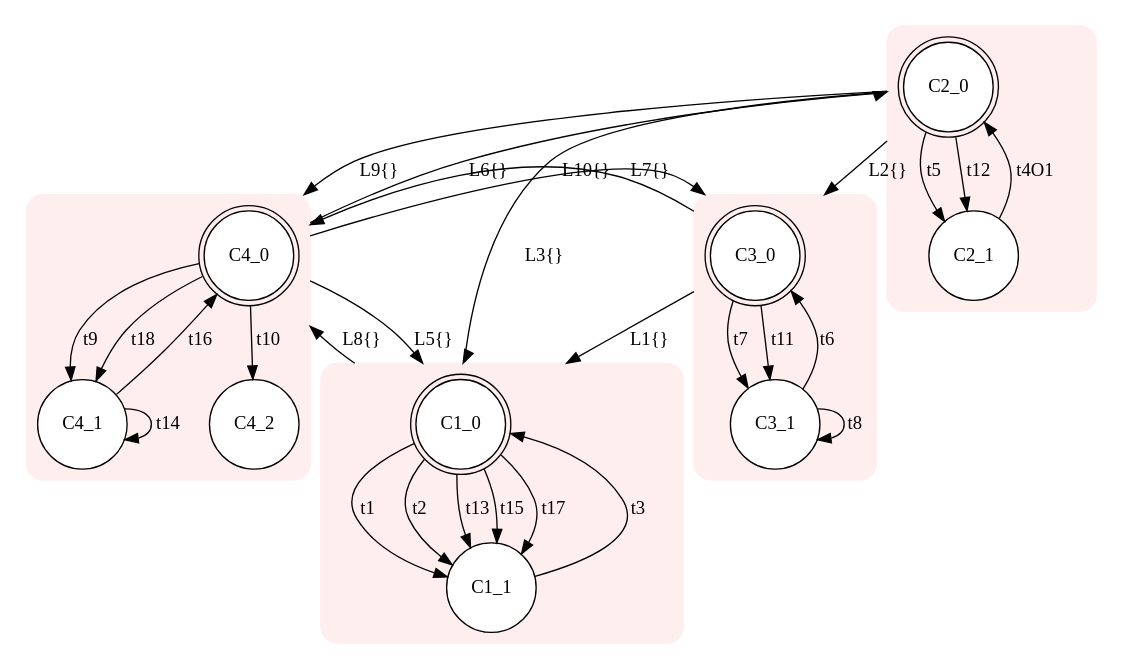
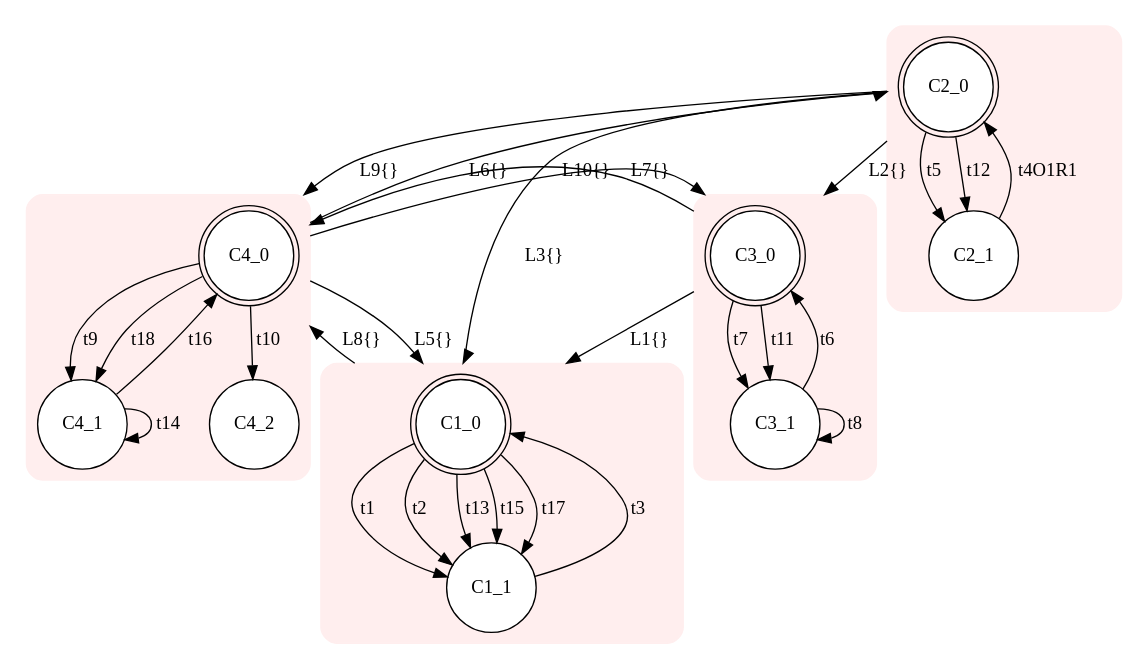
One commit to Stefano-BS/Explanatory-Diagnosis changed the diagram in input/icp.dot. Above: the diagram before and after it, drawn with Graphviz. The commit also changed 30 other files, not shown here.

```diff
--- a/input/icp.dot
+++ b/input/icp.dot
@@ -1,46 +1,46 @@
 digraph "input/icp" {
 node [style=filled fillcolor=white] compound=true
 subgraph cluster1 {
 style="rounded,filled" color="#FFEEEE"node [shape=doublecircle]; C1_0;
 node [shape=circle];
 C1_0 -> C1_1 [label="t1"];
 C1_0 -> C1_1 [label="t2"];
 C1_1 -> C1_0 [label="t3"];
 C1_0 -> C1_1 [label="t13"];
 C1_0 -> C1_1 [label="t15"];
 C1_0 -> C1_1 [label="t17"];
 }
 subgraph cluster2 {
 style="rounded,filled" color="#FFEEEE"node [shape=doublecircle]; C2_0;
 node [shape=circle];
-C2_1 -> C2_0 [label="t4O1"];
+C2_1 -> C2_0 [label="t4O1R1"];
 C2_0 -> C2_1 [label="t5"];
 C2_0 -> C2_1 [label="t12"];
 }
 subgraph cluster3 {
 style="rounded,filled" color="#FFEEEE"node [shape=doublecircle]; C3_0;
 node [shape=circle];
 C3_1 -> C3_0 [label="t6"];
 C3_0 -> C3_1 [label="t7"];
 C3_1 -> C3_1 [label="t8"];
 C3_0 -> C3_1 [label="t11"];
 }
 subgraph cluster4 {
 style="rounded,filled" color="#FFEEEE"node [shape=doublecircle]; C4_0;
 node [shape=circle];
 C4_0 -> C4_1 [label="t9"];
 C4_0 -> C4_2 [label="t10"];
 C4_1 -> C4_1 [label="t14"];
 C4_1 -> C4_0 [label="t16"];
 C4_0 -> C4_1 [label="t18"];
 }
 C3_0 -> C1_0 [ltail=cluster3 lhead=cluster1 label="L1{}"];
 C2_0 -> C3_0 [ltail=cluster2 lhead=cluster3 label="L2{}"];
 C2_0 -> C1_0 [ltail=cluster2 lhead=cluster1 label="L3{}"];
 C4_0 -> C1_0 [ltail=cluster4 lhead=cluster1 label="L5{}"];
 C4_0 -> C2_0 [ltail=cluster4 lhead=cluster2 label="L6{}"];
 C4_0 -> C3_0 [ltail=cluster4 lhead=cluster3 label="L7{}"];
 C1_0 -> C4_0 [ltail=cluster1 lhead=cluster4 label="L8{}"];
 C2_0 -> C4_0 [ltail=cluster2 lhead=cluster4 label="L9{}"];
 C3_0 -> C4_0 [ltail=cluster3 lhead=cluster4 label="L10{}"];
 }
```
